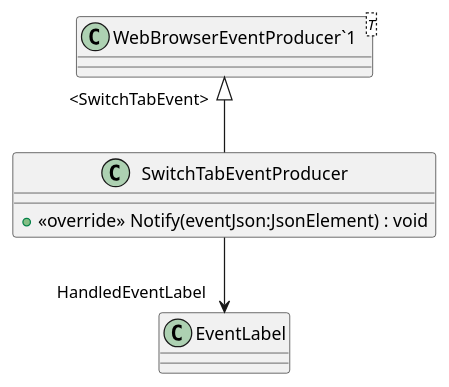
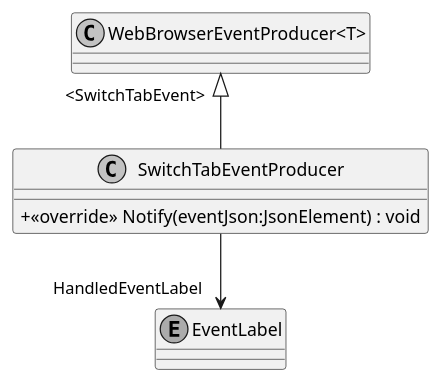
One commit to insightmind/MORR changed the diagram in application/plantuml/Modules/WebBrowser/Producers/SwitchTabEventProducer.puml. Above: the diagram before and after it, drawn with PlantUML. The commit also changed 14 other files, not shown here.

```diff
--- a/application/plantuml/Modules/WebBrowser/Producers/SwitchTabEventProducer.puml
+++ b/application/plantuml/Modules/WebBrowser/Producers/SwitchTabEventProducer.puml
@@ -1,9 +1,12 @@
 @startuml
+skinparam monochrome true
+skinparam ClassAttributeIconSize 0
 class SwitchTabEventProducer {
     + <<override>> Notify(eventJson:JsonElement) : void
 }
-class "WebBrowserEventProducer`1"<T> {
+class "WebBrowserEventProducer<T>" {
 }
-"WebBrowserEventProducer`1" "<SwitchTabEvent>" <|-- SwitchTabEventProducer
+enum "EventLabel"
+"WebBrowserEventProducer<T>" "<SwitchTabEvent>" <|-- SwitchTabEventProducer
 SwitchTabEventProducer --> "HandledEventLabel" EventLabel
 @enduml
```
